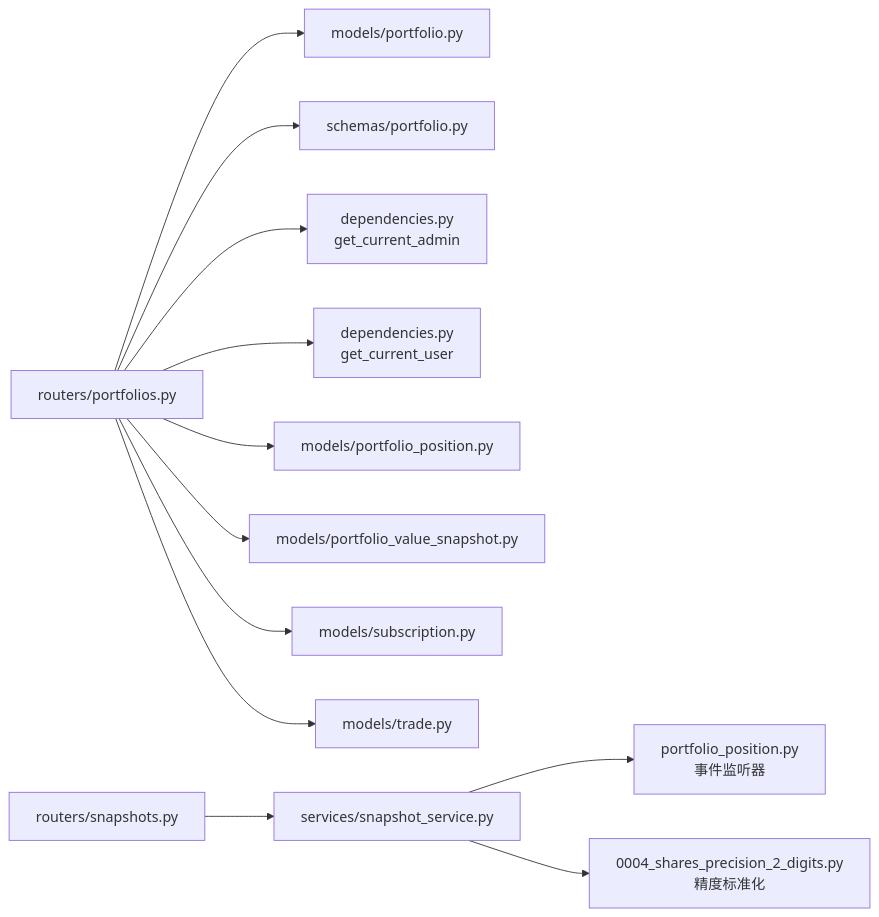
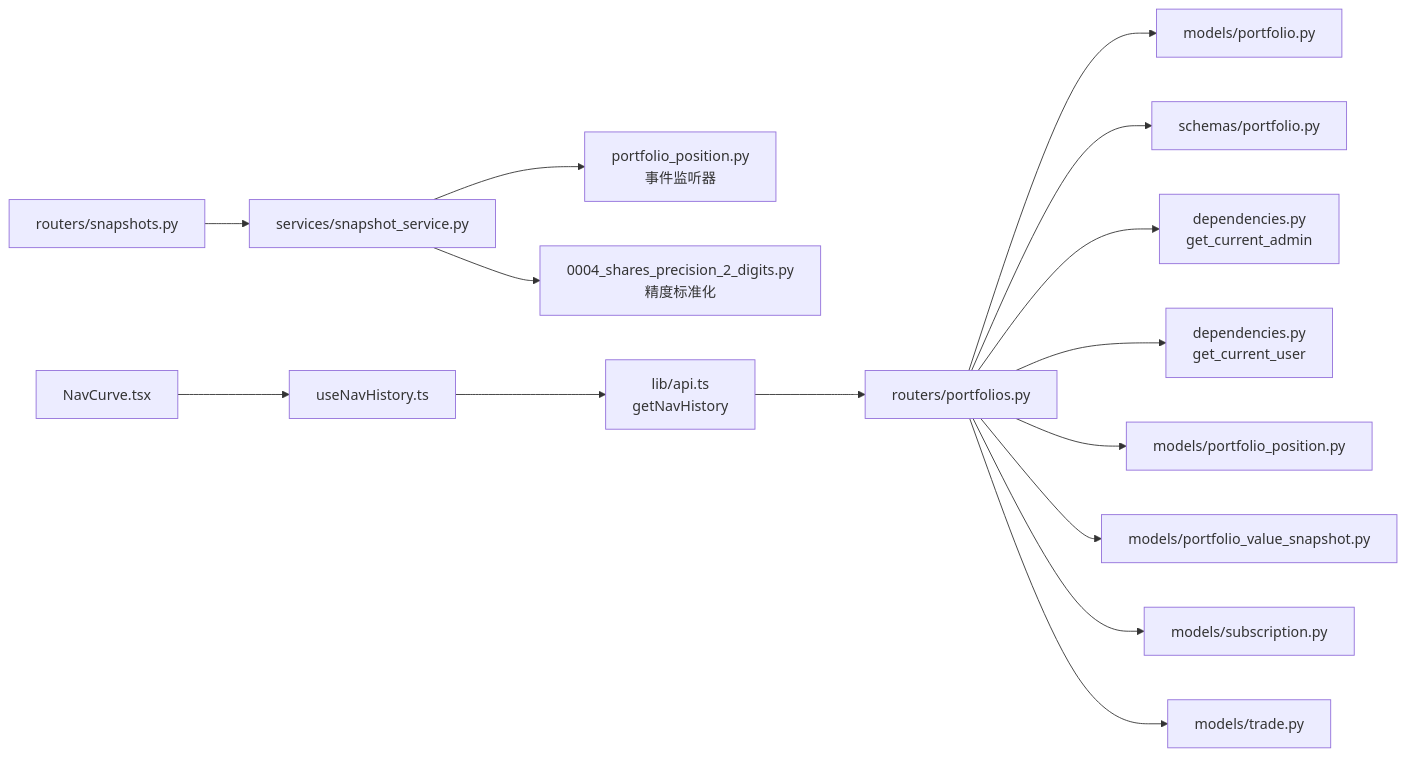
The tenth of 10 diagrams in .qoder/repowiki/zh/content/核心业务功能/投资组合管理.md (gujialind/InvestRing), drawn with Mermaid before and after one commit. The commit also changed other lines of this file and 32 other files, not shown here.

````diff
--- a/.qoder/repowiki/zh/content/核心业务功能/投资组合管理.md
+++ b/.qoder/repowiki/zh/content/核心业务功能/投资组合管理.md
@@ -510,14 +557,17 @@
 ```mermaid
 graph LR
 PortfoliosRouter["routers/portfolios.py"] --> PortfolioModel["models/portfolio.py"]
 PortfoliosRouter --> PortfolioSchema["schemas/portfolio.py"]
 PortfoliosRouter --> DepAdmin["dependencies.py<br/>get_current_admin"]
 PortfoliosRouter --> DepUser["dependencies.py<br/>get_current_user"]
 PortfoliosRouter --> PosModel["models/portfolio_position.py"]
 PortfoliosRouter --> NavModel["models/portfolio_value_snapshot.py"]
 PortfoliosRouter --> SubModel["models/subscription.py"]
 PortfoliosRouter --> TradeModel["models/trade.py"]
 SnapshotsRouter["routers/snapshots.py"] --> SnapshotService["services/snapshot_service.py"]
 SnapshotService --> EventListener["portfolio_position.py<br/>事件监听器"]
 SnapshotService --> PrecisionStandard["0004_shares_precision_2_digits.py<br/>精度标准化"]
+UseNavHistoryHook["useNavHistory.ts"] --> ApiLib["lib/api.ts<br/>getNavHistory"]
+ApiLib --> PortfoliosRouter
+NavCurveChart["NavCurve.tsx"] --> UseNavHistoryHook
 ```
````
